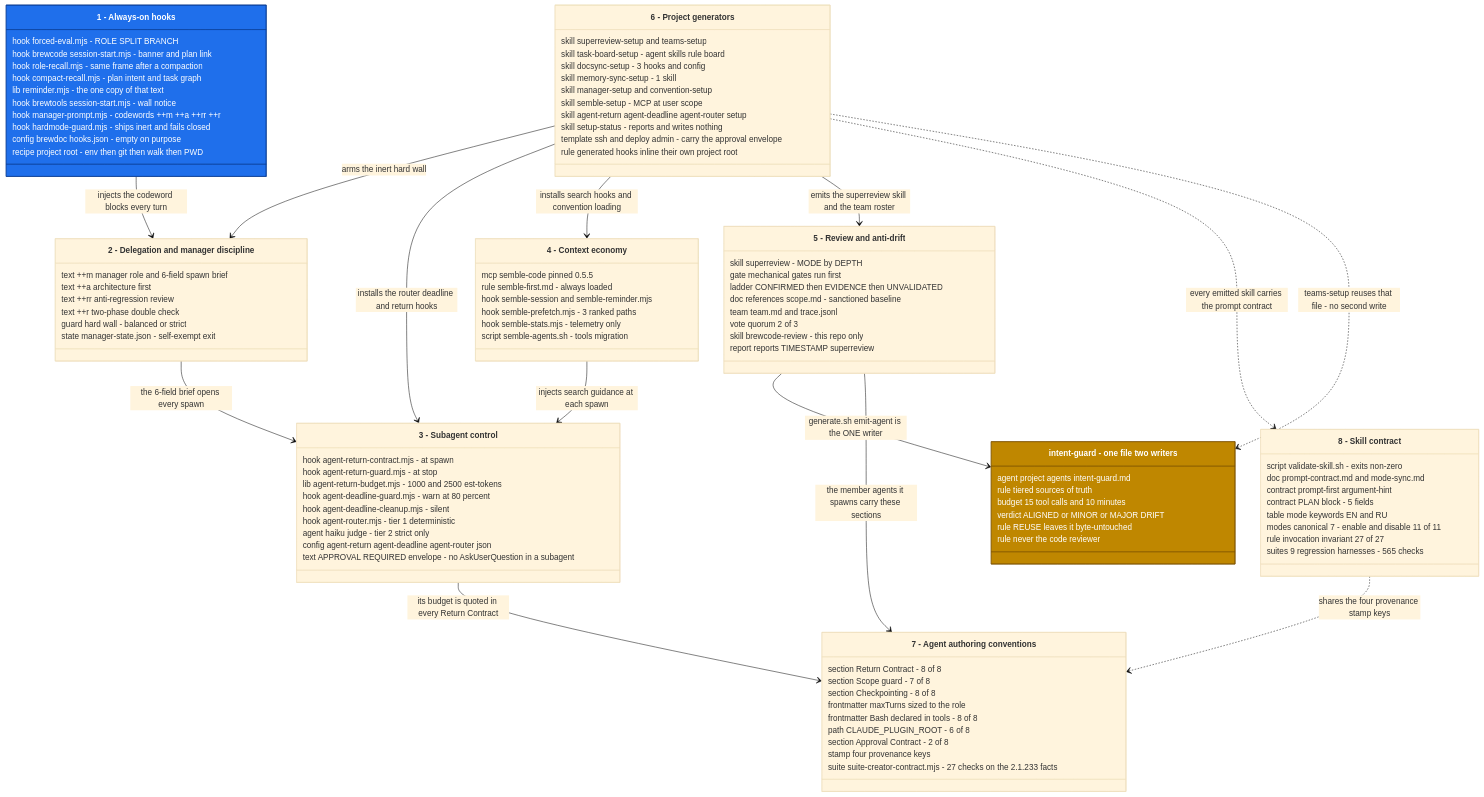
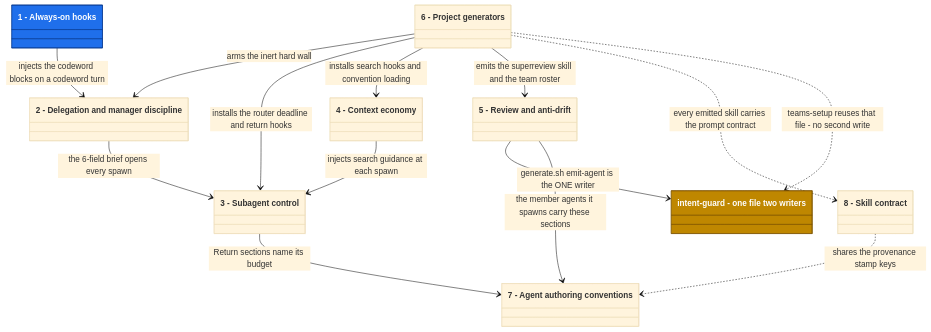
Before and after one commit to kochetkov-ma/claude-brewcode: the first of 2 diagrams in APPROACHES.md, drawn with Mermaid (base theme). The commit also changed other lines of this file and 304 other files, not shown here.

```diff
--- a/APPROACHES.md
+++ b/APPROACHES.md
@@ -50,106 +45,17 @@
 classDiagram
   direction TB
 
-  class S1["1 - Always-on hooks"] {
-    hook forced-eval.mjs - ROLE SPLIT BRANCH
-    hook brewcode session-start.mjs - banner and plan link
-    hook role-recall.mjs - same frame after a compaction
-    hook compact-recall.mjs - plan intent and task graph
-    lib reminder.mjs - the one copy of that text
-    hook brewtools session-start.mjs - wall notice
-    hook manager-prompt.mjs - codewords ++m ++a ++rr ++r
-    hook hardmode-guard.mjs - ships inert and fails closed
-    config brewdoc hooks.json - empty on purpose
-    recipe project root - env then git then walk then PWD
-  }
+  class S1["1 - Always-on hooks"]
+  class S2["2 - Delegation and manager discipline"]
+  class S3["3 - Subagent control"]
+  class S4["4 - Context economy"]
+  class S5["5 - Review and anti-drift"]
+  class S6["6 - Project generators"]
+  class S7["7 - Agent authoring conventions"]
+  class S8["8 - Skill contract"]
+  class IG["intent-guard - one file two writers"]
 
-  class S2["2 - Delegation and manager discipline"] {
-    text ++m manager role and 6-field spawn brief
-    text ++a architecture first
-    text ++rr anti-regression review
-    text ++r two-phase double check
-    guard hard wall - balanced or strict
-    state manager-state.json - self-exempt exit
-  }
-
-  class S3["3 - Subagent control"] {
-    hook agent-return-contract.mjs - at spawn
-    hook agent-return-guard.mjs - at stop
-    lib agent-return-budget.mjs - 1000 and 2500 est-tokens
-    hook agent-deadline-guard.mjs - warn at 80 percent
-    hook agent-deadline-cleanup.mjs - silent
-    hook agent-router.mjs - tier 1 deterministic
-    agent haiku judge - tier 2 strict only
-    config agent-return agent-deadline agent-router json
-    text APPROVAL REQUIRED envelope - no AskUserQuestion in a subagent
-  }
-
-  class S4["4 - Context economy"] {
-    mcp semble-code pinned 0.5.5
-    rule semble-first.md - always loaded
-    hook semble-session and semble-reminder.mjs
-    hook semble-prefetch.mjs - 3 ranked paths
-    hook semble-stats.mjs - telemetry only
-    script semble-agents.sh - tools migration
-  }
-
-  class S5["5 - Review and anti-drift"] {
-    skill superreview - MODE by DEPTH
-    gate mechanical gates run first
-    ladder CONFIRMED then EVIDENCE then UNVALIDATED
-    doc references scope.md - sanctioned baseline
-    team team.md and trace.jsonl
-    vote quorum 2 of 3
-    skill brewcode-review - this repo only
-    report reports TIMESTAMP superreview
-  }
-
-  class S6["6 - Project generators"] {
-    skill superreview-setup and teams-setup
-    skill task-board-setup - agent skills rule board
-    skill docsync-setup - 3 hooks and config
-    skill memory-sync-setup - 1 skill
-    skill manager-setup and convention-setup
-    skill semble-setup - MCP at user scope
-    skill agent-return agent-deadline agent-router setup
-    skill setup-status - reports and writes nothing
-    template ssh and deploy admin - carry the approval envelope
-    rule generated hooks inline their own project root
-  }
-
-  class S7["7 - Agent authoring conventions"] {
-    section Return Contract - 8 of 8
-    section Scope guard - 7 of 8
-    section Checkpointing - 8 of 8
-    frontmatter maxTurns sized to the role
-    frontmatter Bash declared in tools - 8 of 8
-    path CLAUDE_PLUGIN_ROOT - 6 of 8
-    section Approval Contract - 2 of 8
-    stamp four provenance keys
-    suite suite-creator-contract.mjs - 27 checks on the 2.1.233 facts
-  }
-
-  class S8["8 - Skill contract"] {
-    script validate-skill.sh - exits non-zero
-    doc prompt-contract.md and mode-sync.md
-    contract prompt-first argument-hint
-    contract PLAN block - 5 fields
-    table mode keywords EN and RU
-    modes canonical 7 - enable and disable 11 of 11
-    rule invocation invariant 27 of 27
-    suites 9 regression harnesses - 565 checks
-  }
-
-  class IG["intent-guard - one file two writers"] {
-    agent project agents intent-guard.md
-    rule tiered sources of truth
-    budget 15 tool calls and 10 minutes
-    verdict ALIGNED or MINOR or MAJOR DRIFT
-    rule REUSE leaves it byte-untouched
-    rule never the code reviewer
-  }
-
-  S1 --> S2 : injects the codeword blocks every turn
+  S1 --> S2 : injects the codeword blocks on a codeword turn
   S6 --> S2 : arms the inert hard wall
   S6 --> S3 : installs the router deadline and return hooks
   S6 --> S4 : installs search hooks and convention loading
@@ -160,8 +66,8 @@
   S5 --> S7 : the member agents it spawns carry these sections
   S2 --> S3 : the 6-field brief opens every spawn
   S4 --> S3 : injects search guidance at each spawn
-  S3 --> S7 : its budget is quoted in every Return Contract
-  S8 ..> S7 : shares the four provenance stamp keys
+  S3 --> S7 : Return sections name its budget
+  S8 ..> S7 : shares the provenance stamp keys
 
   style S1 fill:#1f6feb,stroke:#0b3d91,color:#ffffff
   style IG fill:#bf8700,stroke:#7d5300,color:#ffffff
```
